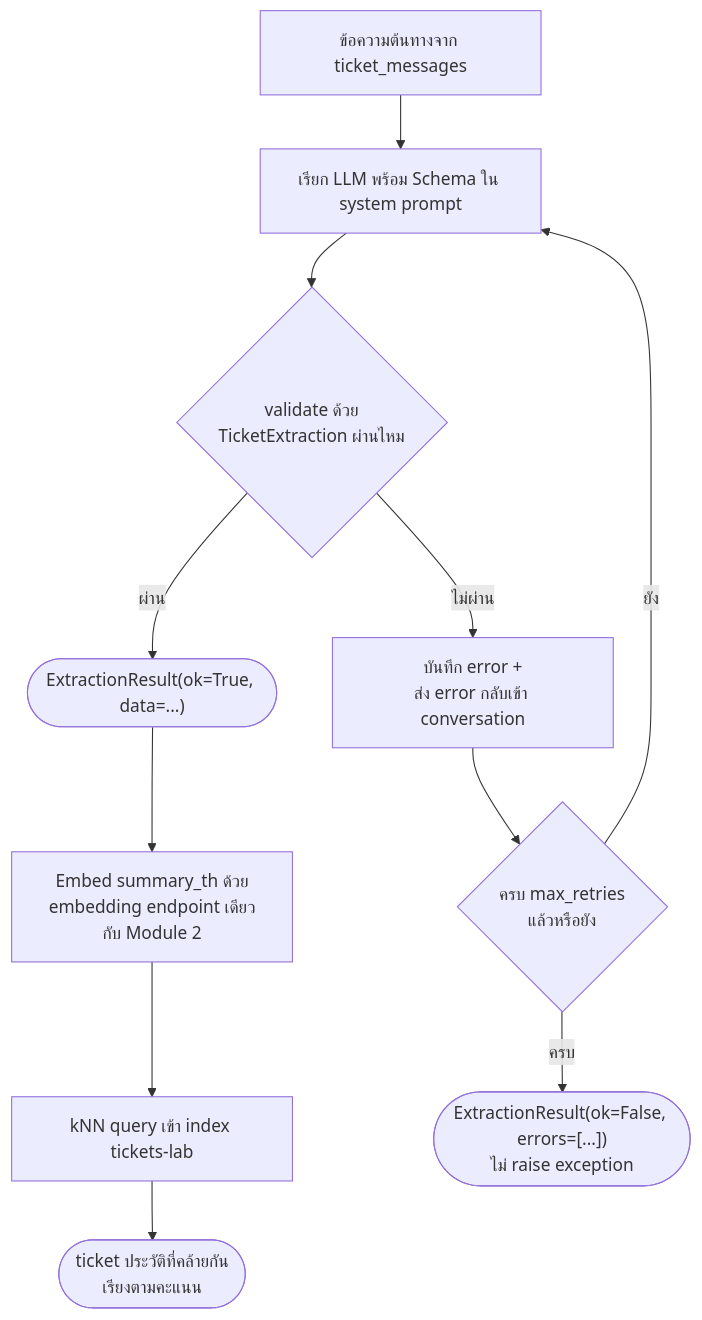
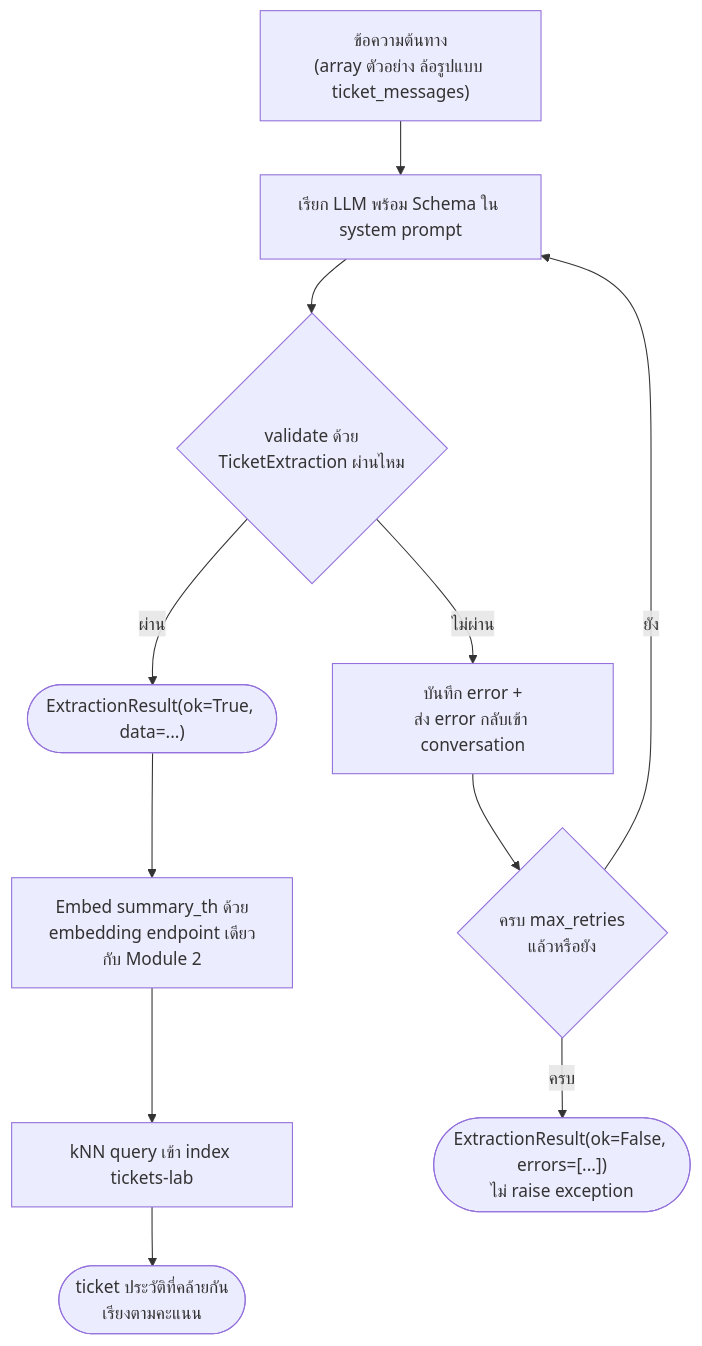
One commit to LLM-CE-KMITL/mcp-workshop changed the diagram in INSTRUCTIONS/day1/07-workshop1-ticket-extractor.md. Above: the diagram before and after it, drawn with Mermaid. The commit also changed other lines of this file and 3 other files, not shown here.

````diff
--- a/INSTRUCTIONS/day1/07-workshop1-ticket-extractor.md
+++ b/INSTRUCTIONS/day1/07-workshop1-ticket-extractor.md
@@ -86,13 +86,13 @@
 ```mermaid
 flowchart TD
-    A["ข้อความต้นทางจาก ticket_messages"] --> B["เรียก LLM พร้อม Schema ใน system prompt"]
+    A["ข้อความต้นทาง<br/>(array ตัวอย่าง ล้อรูปแบบ ticket_messages)"] --> B["เรียก LLM พร้อม Schema ใน system prompt"]
     B --> C{"validate ด้วย<br/>TicketExtraction ผ่านไหม"}
     C -->|ผ่าน| D(["ExtractionResult(ok=True, data=...)"])
     C -->|ไม่ผ่าน| E["บันทึก error +<br/>ส่ง error กลับเข้า conversation"]
     E --> F{"ครบ max_retries<br/>แล้วหรือยัง"}
     F -->|ยัง| B
     F -->|ครบ| G(["ExtractionResult(ok=False, errors=[...])<br/>ไม่ raise exception"])
     D --> H["Embed summary_th ด้วย<br/>embedding endpoint เดียวกับ Module 2"]
     H --> I["kNN query เข้า index tickets-lab"]
     I --> J(["ticket ประวัติที่คล้ายกัน<br/>เรียงตามคะแนน"]) 
 ```
````
